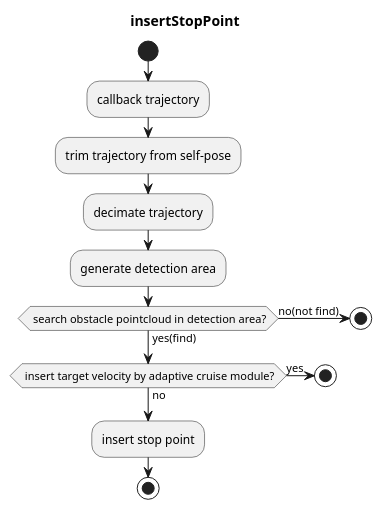
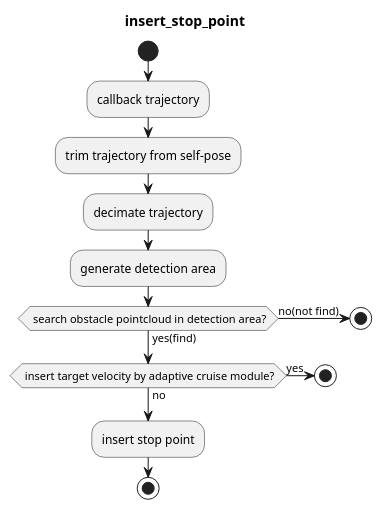
One commit to autowarefoundation/autoware.universe changed the first of 3 diagrams in planning/autoware_obstacle_stop_planner/README.md. Above: the diagram before and after it, drawn with PlantUML. The commit also changed 73 other files, not shown here.

````diff
--- a/planning/autoware_obstacle_stop_planner/README.md
+++ b/planning/autoware_obstacle_stop_planner/README.md
@@ -128,30 +128,30 @@
 ```plantuml
 @startuml
-title insertStopPoint
+title insert_stop_point
 start
 
 
 :callback trajectory;
 
 :trim trajectory from self-pose;
 
 :decimate trajectory;
 
 :generate detection area;
 
 if ( search obstacle pointcloud in detection area?) then (yes(find))
 else (no(not find))
   stop
 endif
 
 if ( insert target velocity by adaptive cruise module?) then (yes)
   stop
 else (no)
 endif
 
 :insert stop point;
 
 
 stop
 @enduml
 ```
````
